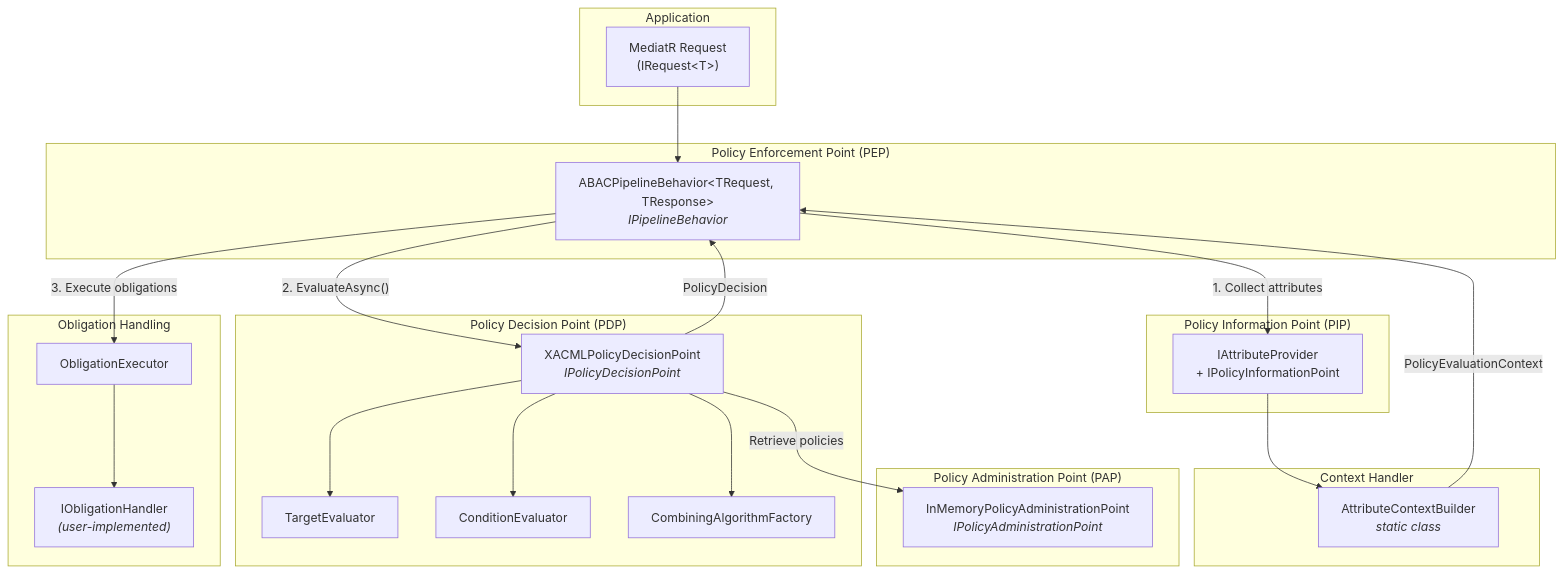
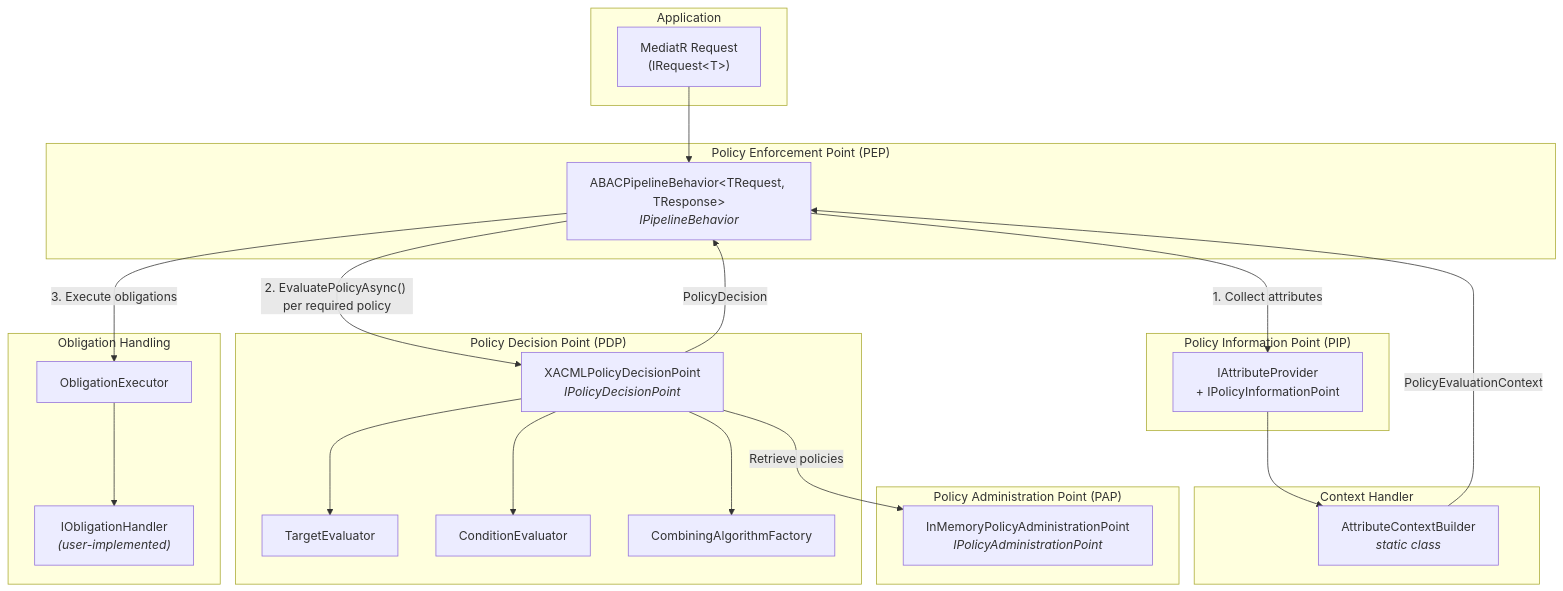
One commit to dlrivada/Encina changed the first of 4 diagrams in docs/features/abac/xacml/architecture.md. Above: the diagram before and after it, drawn with Mermaid. The commit also changed other lines of this file and 7 other files, not shown here.

Commit message:
docs(abac): fix reviewer findings, obligation exception surfaces as abac.obligation_failed, PDP mocks use EvaluatePolicyAsync (#1634)

````diff
--- a/docs/features/abac/xacml/architecture.md
+++ b/docs/features/abac/xacml/architecture.md
@@ -60,47 +60,47 @@
 ```mermaid
 graph TB
     subgraph Application
         REQ["MediatR Request<br/>(IRequest&lt;T&gt;)"]
     end
 
     subgraph "Policy Enforcement Point (PEP)"
         PEP["ABACPipelineBehavior&lt;TRequest, TResponse&gt;<br/><i>IPipelineBehavior</i>"]
     end
 
     subgraph "Context Handler"
         CH["AttributeContextBuilder<br/><i>static class</i>"]
     end
 
     subgraph "Policy Information Point (PIP)"
         PIP["IAttributeProvider<br/>+ IPolicyInformationPoint"]
     end
 
     subgraph "Policy Decision Point (PDP)"
         PDP["XACMLPolicyDecisionPoint<br/><i>IPolicyDecisionPoint</i>"]
         TE["TargetEvaluator"]
         CE["ConditionEvaluator"]
         CA["CombiningAlgorithmFactory"]
     end
 
     subgraph "Policy Administration Point (PAP)"
         PAP["InMemoryPolicyAdministrationPoint<br/><i>IPolicyAdministrationPoint</i>"]
     end
 
     subgraph "Obligation Handling"
         OE["ObligationExecutor"]
         OH["IObligationHandler<br/><i>(user-implemented)</i>"]
     end
 
     REQ --> PEP
     PEP -->|"1. Collect attributes"| PIP
     PIP --> CH
     CH -->|"PolicyEvaluationContext"| PEP
-    PEP -->|"2. EvaluateAsync()"| PDP
+    PEP -->|"2. EvaluatePolicyAsync() per required policy"| PDP
     PDP -->|"Retrieve policies"| PAP
     PDP --> TE
     PDP --> CE
     PDP --> CA
     PDP -->|"PolicyDecision"| PEP
     PEP -->|"3. Execute obligations"| OE
     OE --> OH
 ```
````
